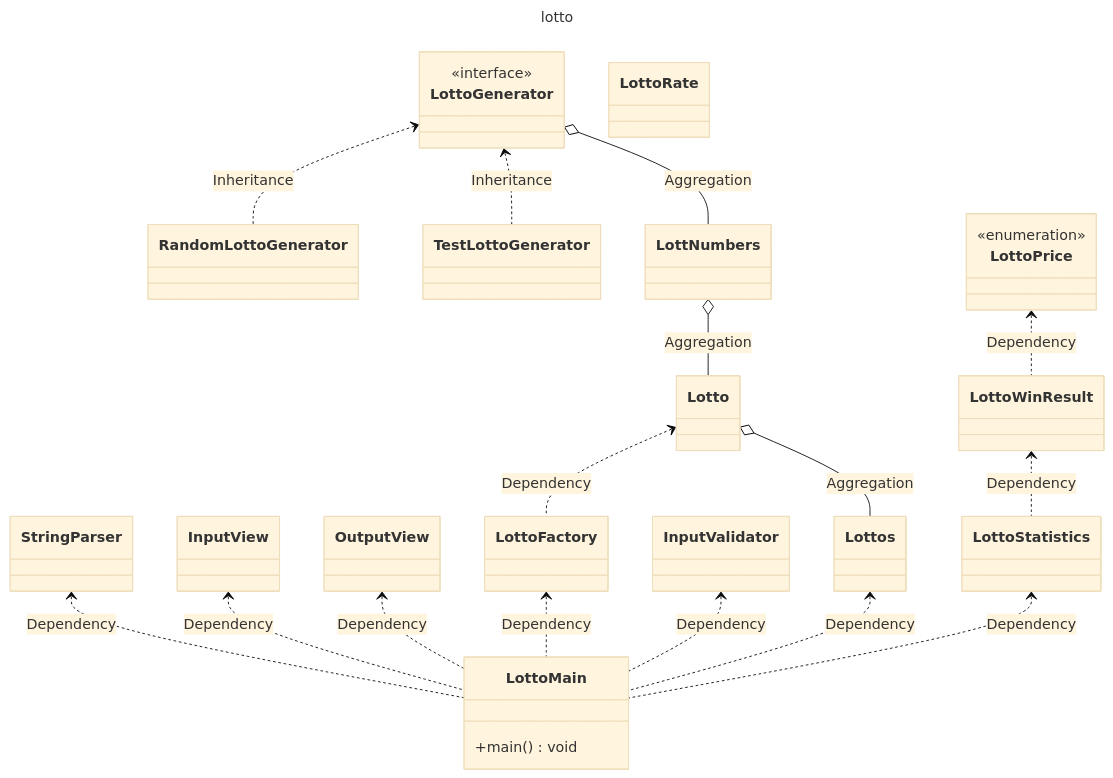
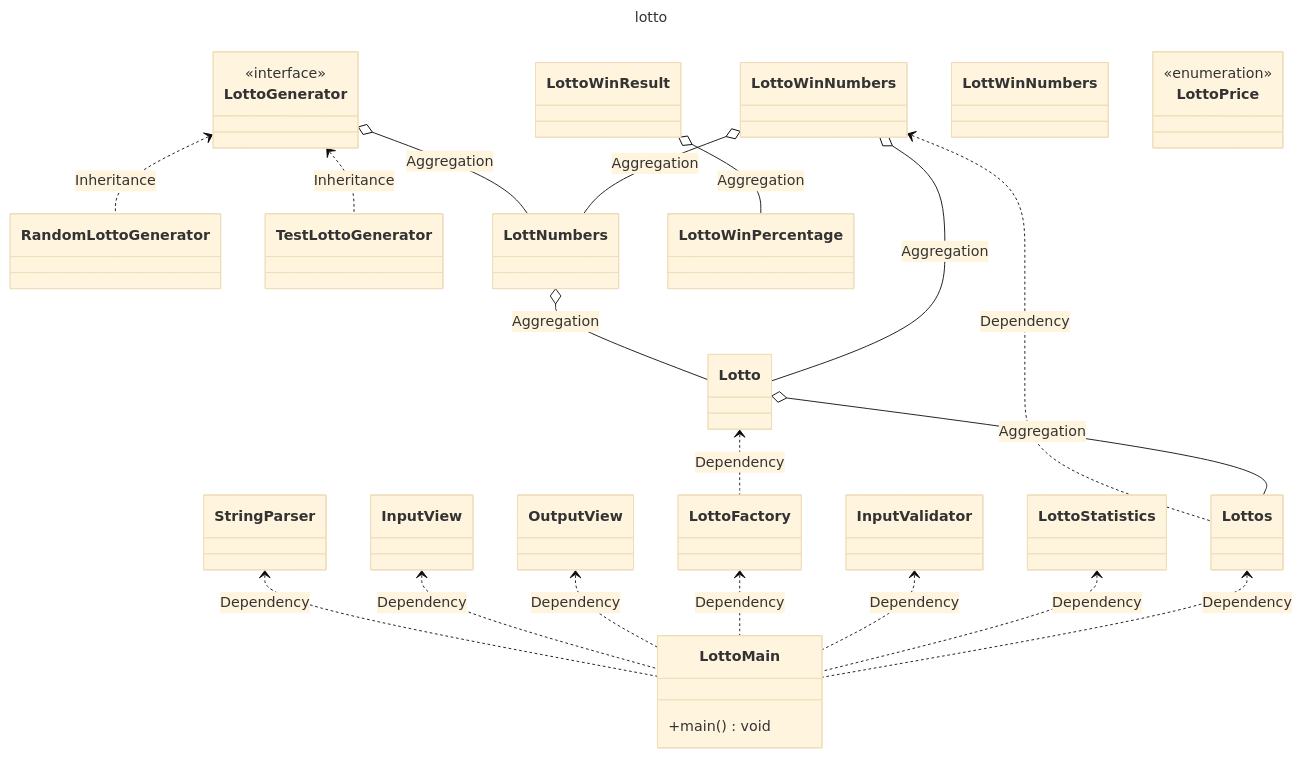
The diagram in README.md (next-step/java-lotto), drawn with Mermaid (base theme) before and after one commit.

Commit message:
docs: 클래스 다이어그램 수정

````diff
--- a/README.md
+++ b/README.md
@@ -14,79 +14,80 @@
 ```mermaid
 ---
 title: lotto
 ---
 classDiagram
     StringParser <.. LottoMain: Dependency
     InputView <.. LottoMain: Dependency
     OutputView <.. LottoMain: Dependency
     LottoFactory <.. LottoMain: Dependency
     InputValidator <.. LottoMain: Dependency
+    LottoStatistics <.. LottoMain: Dependency
+    Lottos <.. LottoMain: Dependency
     Lotto <.. LottoFactory: Dependency
-    LottoStatistics <.. LottoMain: Dependency
     LottoGenerator <.. RandomLottoGenerator: Inheritance
     LottoGenerator <.. TestLottoGenerator: Inheritance
-    Lottos <.. LottoMain: Dependency
+    LottoWinNumbers <.. Lottos: Dependency
     Lotto o-- Lottos: Aggregation
     LottNumbers o-- Lotto: Aggregation
     LottoGenerator o-- LottNumbers: Aggregation
-    LottoWinResult <.. LottoStatistics: Dependency
-    LottoPrice <.. LottoWinResult: Dependency
+    LottoWinNumbers o-- LottNumbers: Aggregation
+    LottoWinNumbers o-- Lotto: Aggregation
+    LottoWinResult o-- LottoWinPercentage: Aggregation
 
     class StringParser {
+    }
+
+    class LottoWinNumbers {
     }
 
     class LottoWinResult {
     }
 
     class Lotto {
     }
 
     class Lottos {
     }
 
     class LottNumbers {
+    }
+
+    class LottWinNumbers {
     }
 
     class LottoFactory {
     }
 
     class LottoMain {
         +main() void
     }
 
     class InputValidator {
     }
 
     class LottoGenerator {
         <<interface>>
     }
 
     class RandomLottoGenerator {
     }
 
     class TestLottoGenerator {
     }
 
-    class LottoStatistics {
-    }
-
     class InputView {
     }
 
     class OutputView {
     }
 
-    class LottoRate {
+    class LottoWinPercentage {
     }
 
     class LottoPrice {
         <<enumeration>>
     }
 
     class OutputView {
-    %%        -String Name
-    %%        -int PosX
-    %%        -int PosY
-    %%        +Despawn() void
     }
 ```
````
